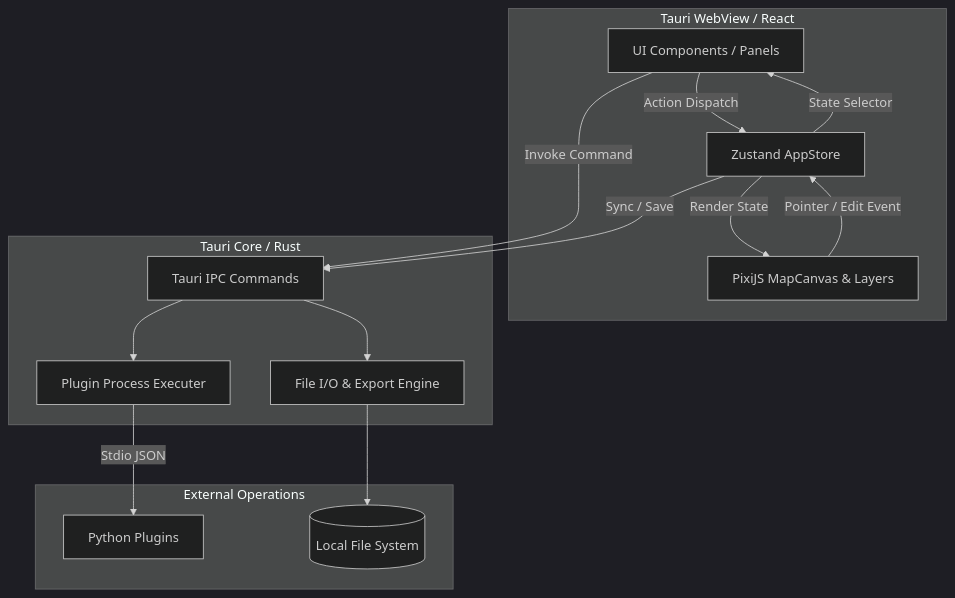
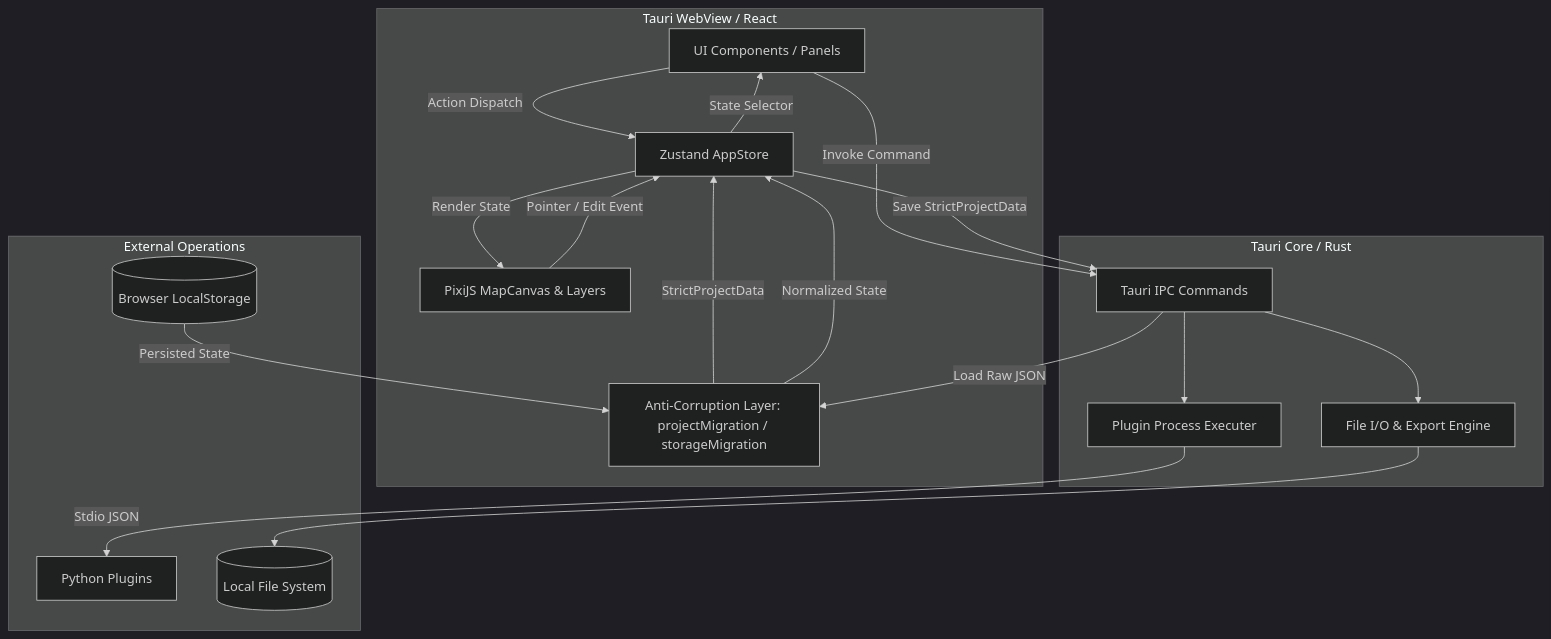
One commit to Chu-son/waypoint-tool changed the diagram in docs/ARCHITECTURE.md. Above: the diagram before and after it, drawn with Mermaid (dark theme). The commit also changed other lines of this file and 2 other files, not shown here.

Commit message:
docs(architecture): プロジェクト全体の後方互換性規約（Anti-Corruption Layer）およびプラグイン通信方針の策定

````diff
--- a/docs/ARCHITECTURE.md
+++ b/docs/ARCHITECTURE.md
@@ -45,31 +45,37 @@
 ```mermaid
 graph TD
     subgraph Frontend [Tauri WebView / React]
         UI[UI Components / Panels]
         Store[Zustand AppStore]
         Canvas[PixiJS MapCanvas & Layers]
+        ACL[Anti-Corruption Layer: projectMigration / storageMigration]
     end
 
     subgraph Backend [Tauri Core / Rust]
         IPC[Tauri IPC Commands]
         FileIO[File I/O & Export Engine]
         PluginExec[Plugin Process Executer]
     end
 
     subgraph External [External Operations]
         Python[Python Plugins]
         FS[(Local File System)]
+        LS[(Browser LocalStorage)]
     end
 
     UI -->|Action Dispatch| Store
     Store -->|State Selector| UI
     Store -->|Render State| Canvas
     Canvas -->|Pointer / Edit Event| Store
 
     UI -->|Invoke Command| IPC
-    Store -->|Sync / Save| IPC
+    Store -->|Save StrictProjectData| IPC
+    IPC -->|Load Raw JSON| ACL
+    ACL -->|StrictProjectData| Store
+    LS -->|Persisted State| ACL
+    ACL -->|Normalized State| Store
     IPC --> FileIO
     IPC --> PluginExec
     FileIO --> FS
     PluginExec -->|Stdio JSON| Python
 ```
````
